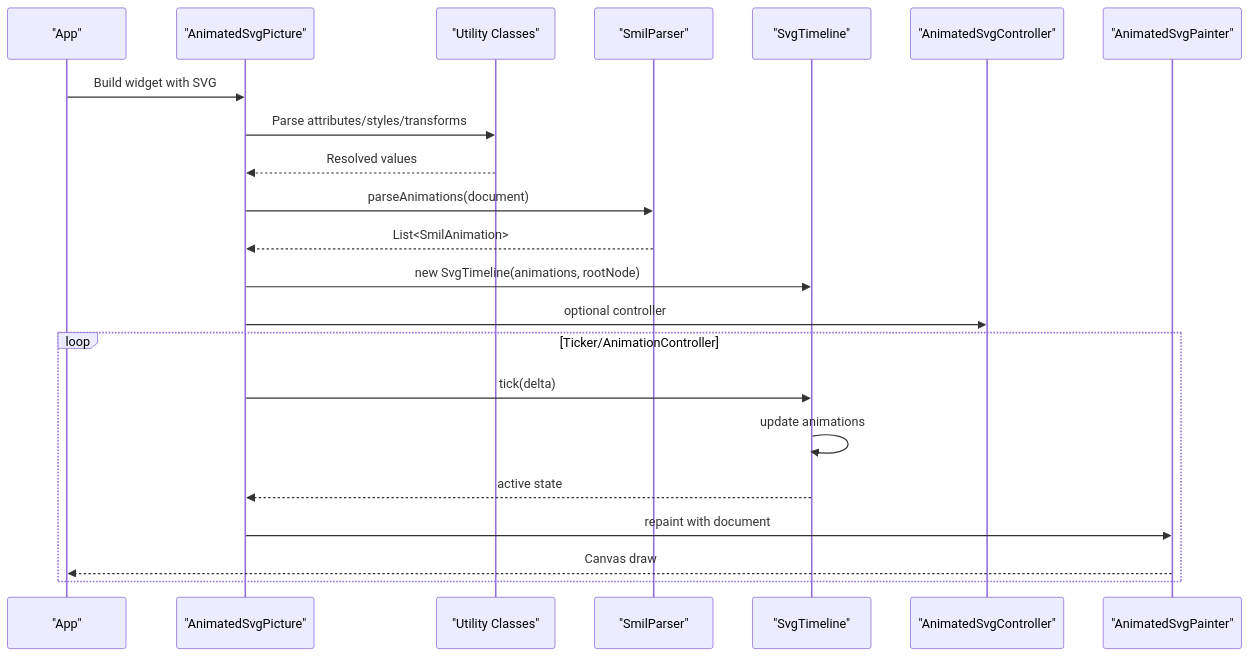
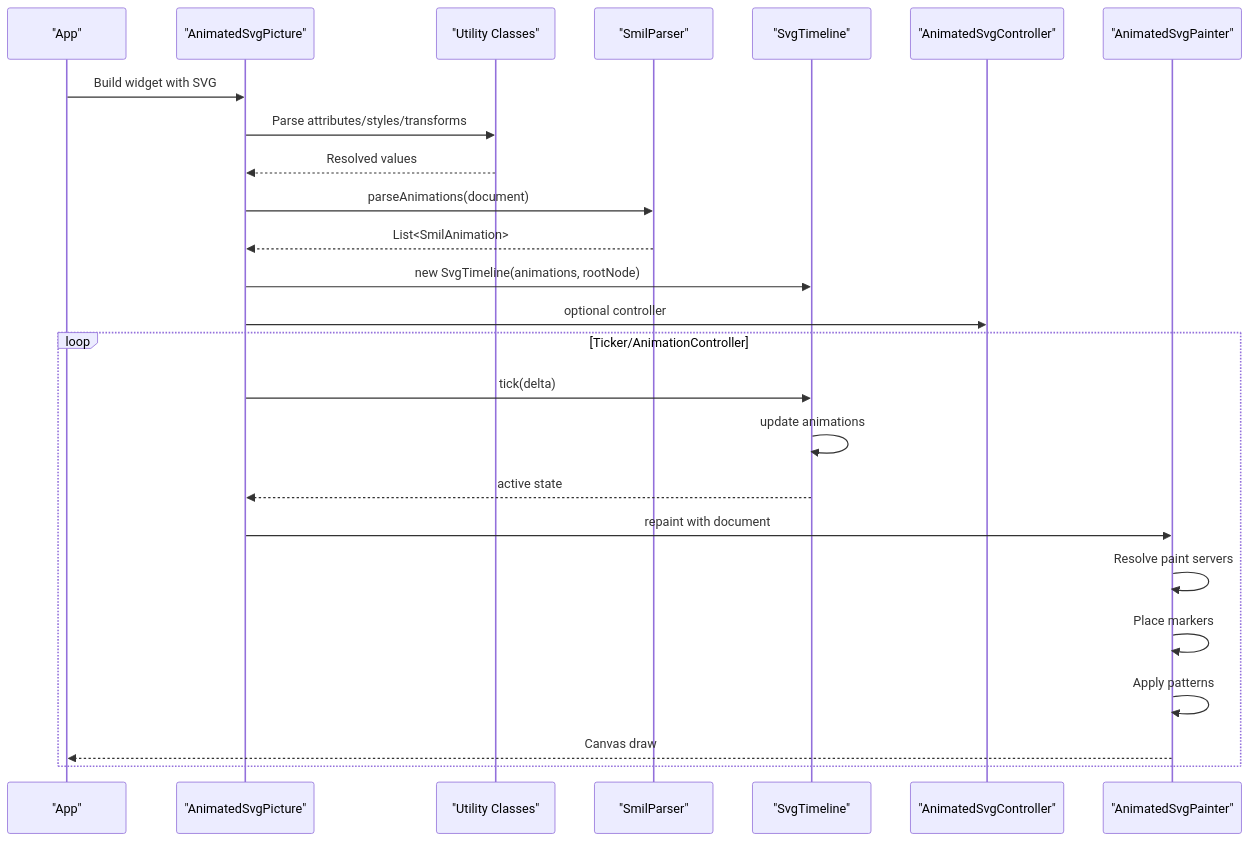
The second of 22 diagrams in .qoder/repowiki/en/content/Animated SVG Support/Animated SVG Support.md (denisnadey/flutter_full_svg_support), drawn with Mermaid before and after one commit. The commit also changed other lines of this file and 86 other files, not shown here.

````diff
--- a/.qoder/repowiki/en/content/Animated SVG Support/Animated SVG Support.md
+++ b/.qoder/repowiki/en/content/Animated SVG Support/Animated SVG Support.md
@@ -131,24 +150,27 @@
 ```mermaid
 sequenceDiagram
 participant App as "App"
 participant Widget as "AnimatedSvgPicture"
 participant Utils as "Utility Classes"
 participant Parser as "SmilParser"
 participant Timeline as "SvgTimeline"
 participant Controller as "AnimatedSvgController"
 participant Painter as "AnimatedSvgPainter"
 App->>Widget : Build widget with SVG
 Widget->>Utils : Parse attributes/styles/transforms
 Utils-->>Widget : Resolved values
 Widget->>Parser : parseAnimations(document)
 Parser-->>Widget : List<SmilAnimation>
 Widget->>Timeline : new SvgTimeline(animations, rootNode)
 Widget->>Controller : optional controller
 loop Ticker/AnimationController
 Widget->>Timeline : tick(delta)
 Timeline->>Timeline : update animations
 Timeline-->>Widget : active state
 Widget->>Painter : repaint with document
+Painter->>Painter : Resolve paint servers
+Painter->>Painter : Place markers
+Painter->>Painter : Apply patterns
 Painter-->>App : Canvas draw
 end
 ```
````
